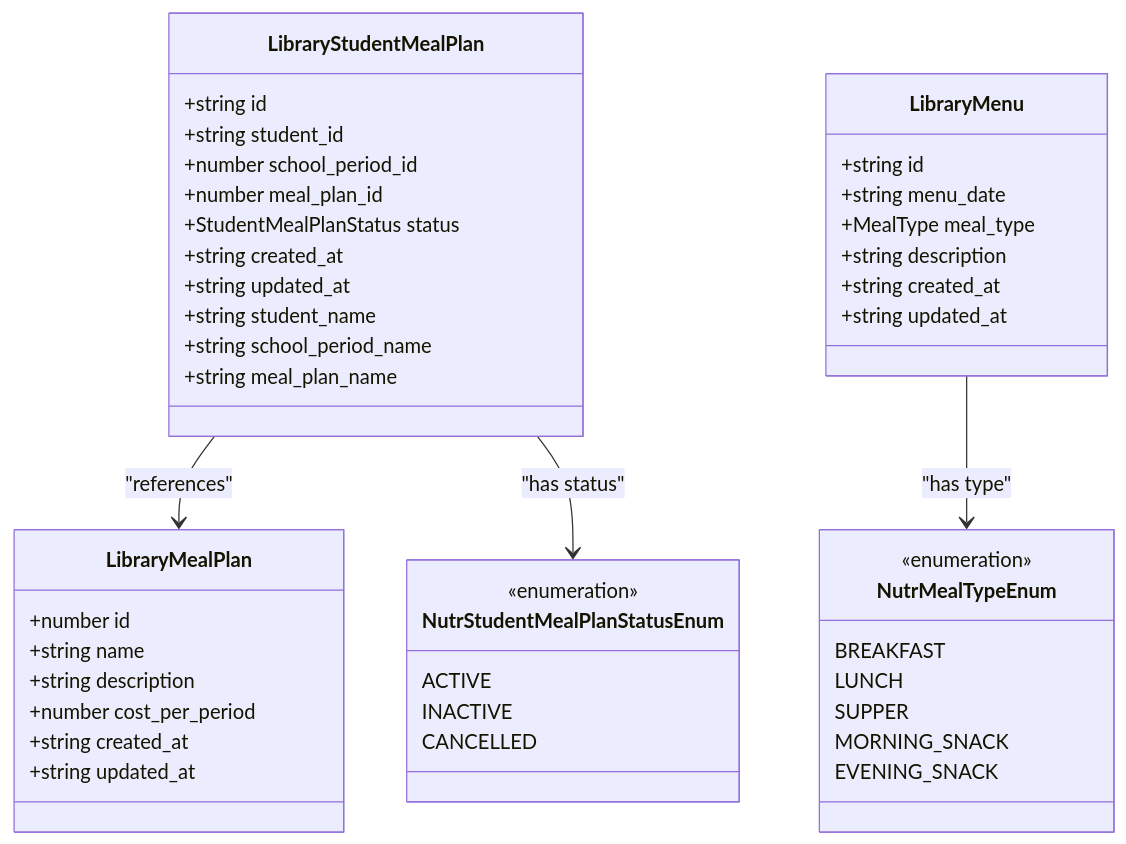
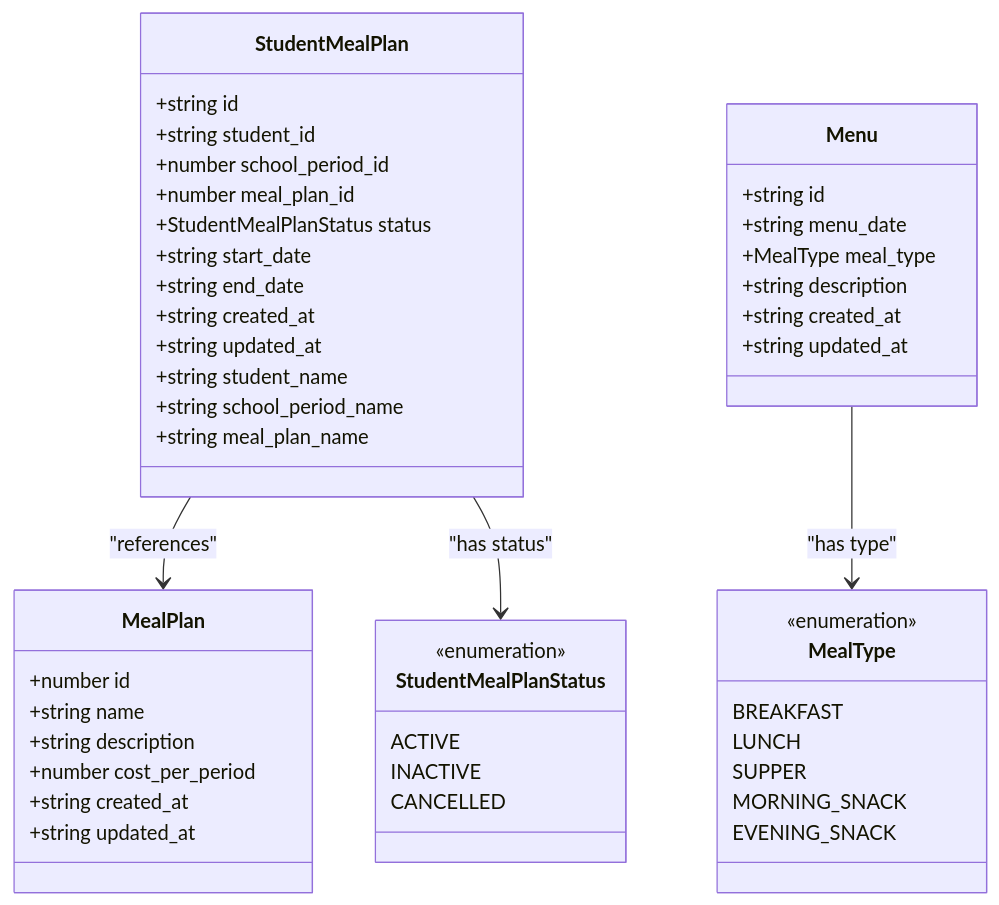
Before and after one commit to geniusdynamics/schoolpilot: the sixth of 10 diagrams in .qoder/repowiki/en/content/Modules System/Nutrition Module.md, drawn with Mermaid. The commit also changed other lines of this file and 311 other files, not shown here.

````diff
--- a/.qoder/repowiki/en/content/Modules System/Nutrition Module.md
+++ b/.qoder/repowiki/en/content/Modules System/Nutrition Module.md
@@ -1364,48 +322,50 @@
 ```mermaid
 classDiagram
-class LibraryMealPlan {
+class MealPlan {
 +number id
 +string name
 +string description
 +number cost_per_period
 +string created_at
 +string updated_at
 }
-class LibraryStudentMealPlan {
+class StudentMealPlan {
 +string id
 +string student_id
 +number school_period_id
 +number meal_plan_id
 +StudentMealPlanStatus status
++string start_date
++string end_date
 +string created_at
 +string updated_at
 +string student_name
 +string school_period_name
 +string meal_plan_name
 }
-class LibraryMenu {
+class Menu {
 +string id
 +string menu_date
 +MealType meal_type
 +string description
 +string created_at
 +string updated_at
 }
-class NutrStudentMealPlanStatusEnum {
+class StudentMealPlanStatus {
 <<enumeration>>
 ACTIVE
 INACTIVE
 CANCELLED
 }
-class NutrMealTypeEnum {
+class MealType {
 <<enumeration>>
 BREAKFAST
 LUNCH
 SUPPER
 MORNING_SNACK
 EVENING_SNACK
 }
-LibraryStudentMealPlan --> LibraryMealPlan : "references"
-LibraryStudentMealPlan --> NutrStudentMealPlanStatusEnum : "has status"
-LibraryMenu --> NutrMealTypeEnum : "has type"
+StudentMealPlan --> MealPlan : "references"
+StudentMealPlan --> StudentMealPlanStatus : "has status"
+Menu --> MealType : "has type"
 ```
````
